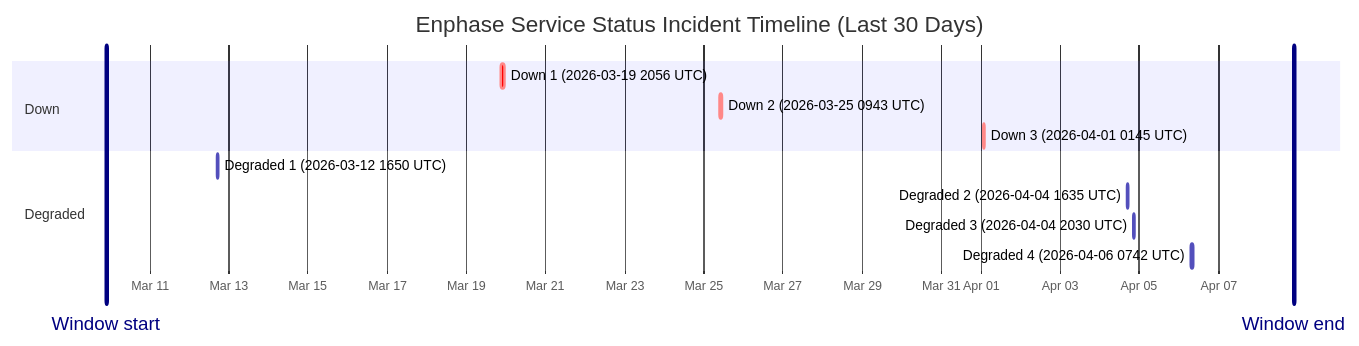
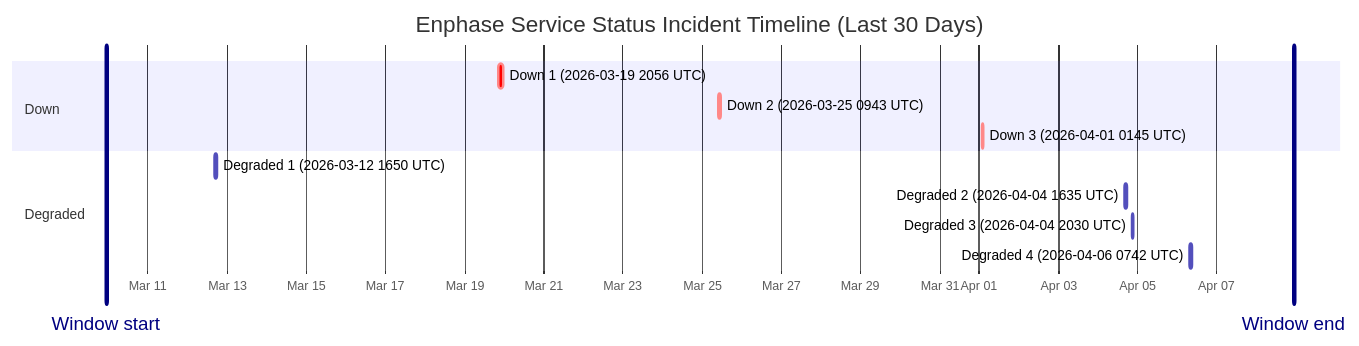
One commit to barneyonline/ha-enphase-ev-charger changed the diagram in wiki/Service-Status-History.md. Above: the diagram before and after it, drawn with Mermaid. The commit also changed other lines of this file and 3 other files, not shown here.

````diff
--- a/wiki/Service-Status-History.md
+++ b/wiki/Service-Status-History.md
@@ -14,17 +14,17 @@
 ```mermaid
 gantt
     title Enphase Service Status Incident Timeline (Last 30 Days)
     dateFormat  YYYY-MM-DDTHH:mm:ss
     axisFormat  %b %d
-    Window start :vert, window-start, 2026-03-09T21:40:47, 0ms
-    Window end :vert, window-end, 2026-04-08T21:40:47, 0ms
+    Window start :vert, window-start, 2026-03-09T22:37:59, 0ms
+    Window end :vert, window-end, 2026-04-08T22:37:59, 0ms
     section Down
     Down 1 (2026-03-19 2056 UTC) :crit, down-1, 2026-03-19T20:56:20, 145m
     Down 2 (2026-03-25 0943 UTC) :crit, down-2, 2026-03-25T09:43:28, 111m
     Down 3 (2026-04-01 0145 UTC) :crit, down-3, 2026-04-01T01:45:09, 60m
     section Degraded
     Degraded 1 (2026-03-12 1650 UTC) :active, degraded-1, 2026-03-12T16:50:43, 60m
     Degraded 2 (2026-04-04 1635 UTC) :active, degraded-2, 2026-04-04T16:35:17, 60m
     Degraded 3 (2026-04-04 2030 UTC) :active, degraded-3, 2026-04-04T20:30:40, 60m
     Degraded 4 (2026-04-06 0742 UTC) :active, degraded-4, 2026-04-06T07:42:09, 85m
 ```
````
